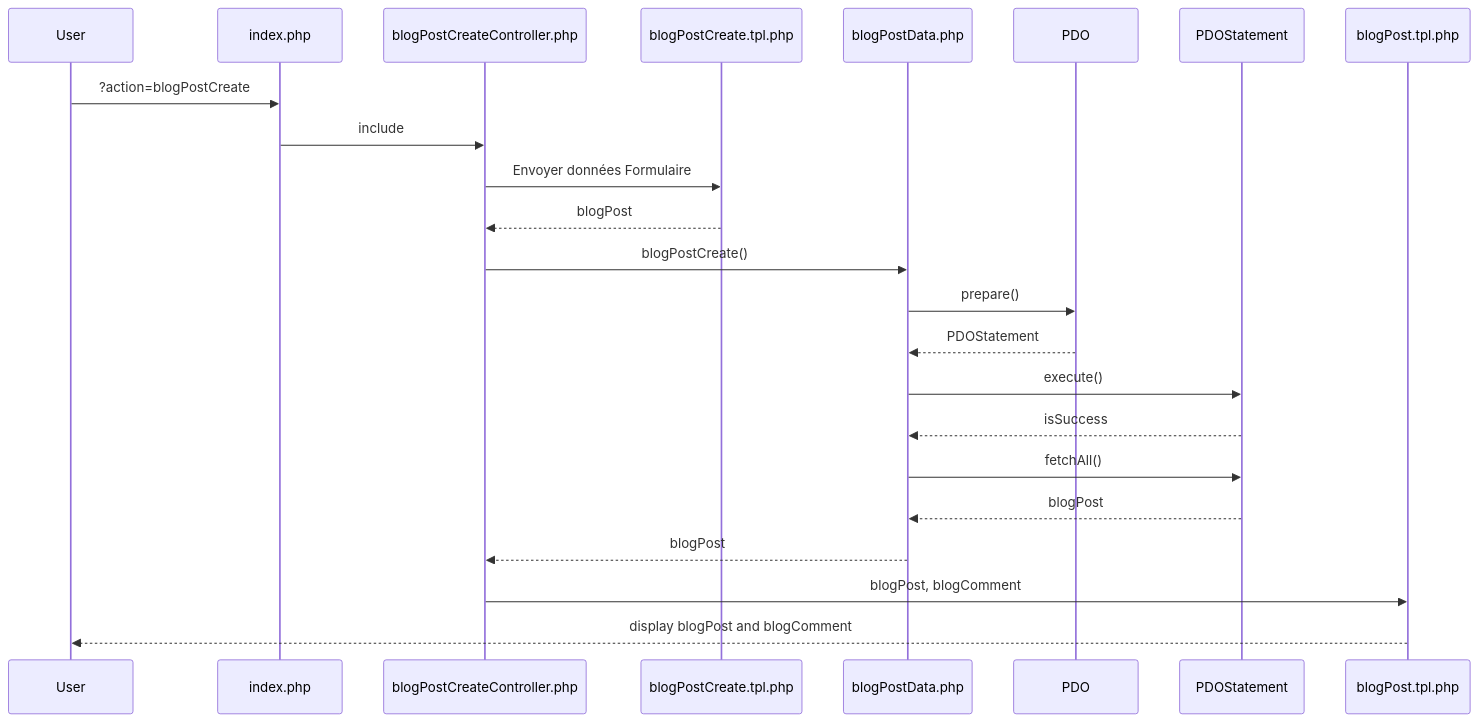
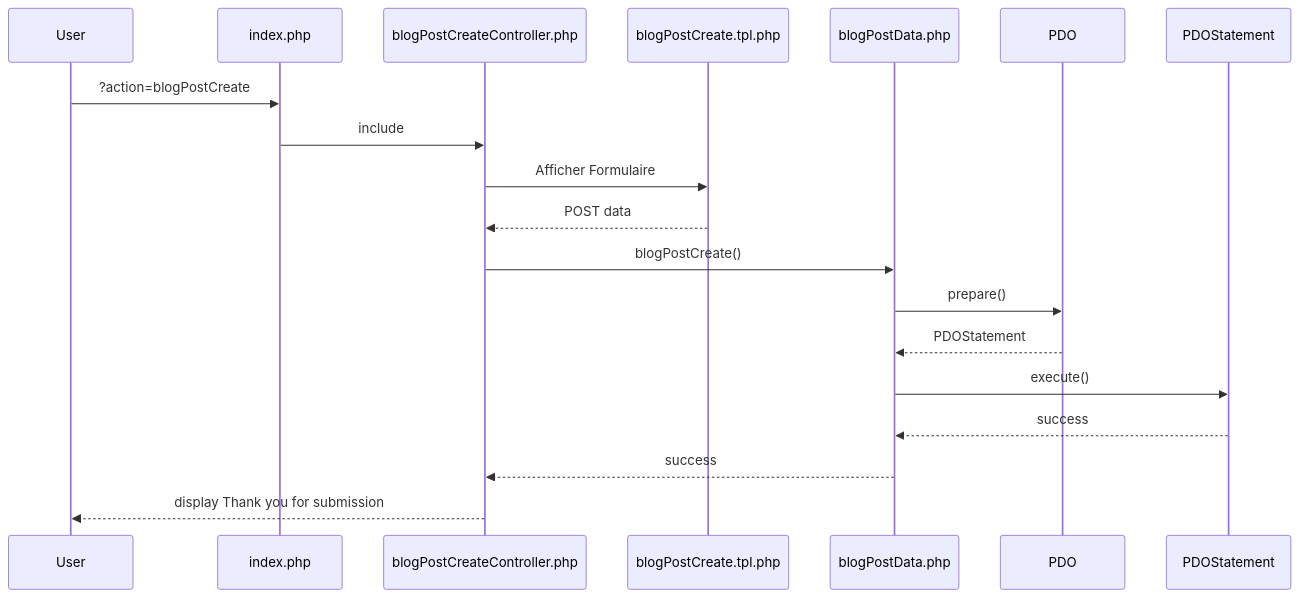
Before and after one commit to XavierFigari/blog: the fourth of 5 diagrams in doc/diagram.md, drawn with Mermaid. The commit also changed other lines of this file and 7 other files, not shown here.

````diff
--- a/doc/diagram.md
+++ b/doc/diagram.md
@@ -56,18 +56,15 @@
 ```mermaid
 sequenceDiagram
     User ->> index.php: ?action=blogPostCreate
     index.php ->> blogPostCreateController.php: include
-    blogPostCreateController.php ->> blogPostCreate.tpl.php: Envoyer données Formulaire
-    blogPostCreate.tpl.php -->> blogPostCreateController.php: blogPost
+    blogPostCreateController.php ->> blogPostCreate.tpl.php: Afficher Formulaire
+    blogPostCreate.tpl.php -->> blogPostCreateController.php: POST data
     blogPostCreateController.php ->> blogPostData.php: blogPostCreate()
     blogPostData.php ->> PDO: prepare()
     PDO -->> blogPostData.php: PDOStatement
     blogPostData.php ->> PDOStatement: execute()
-    PDOStatement -->> blogPostData.php: isSuccess
-    blogPostData.php ->> PDOStatement: fetchAll()
-    PDOStatement -->> blogPostData.php: blogPost
-    blogPostData.php -->> blogPostCreateController.php: blogPost
+    PDOStatement -->> blogPostData.php: success
+    blogPostData.php -->> blogPostCreateController.php: success
 
-    blogPostCreateController.php ->> blogPost.tpl.php: blogPost, blogComment
-    blogPost.tpl.php -->> User: display blogPost and blogComment
+    blogPostCreateController.php -->> User: display Thank you for submission
 ```
````
